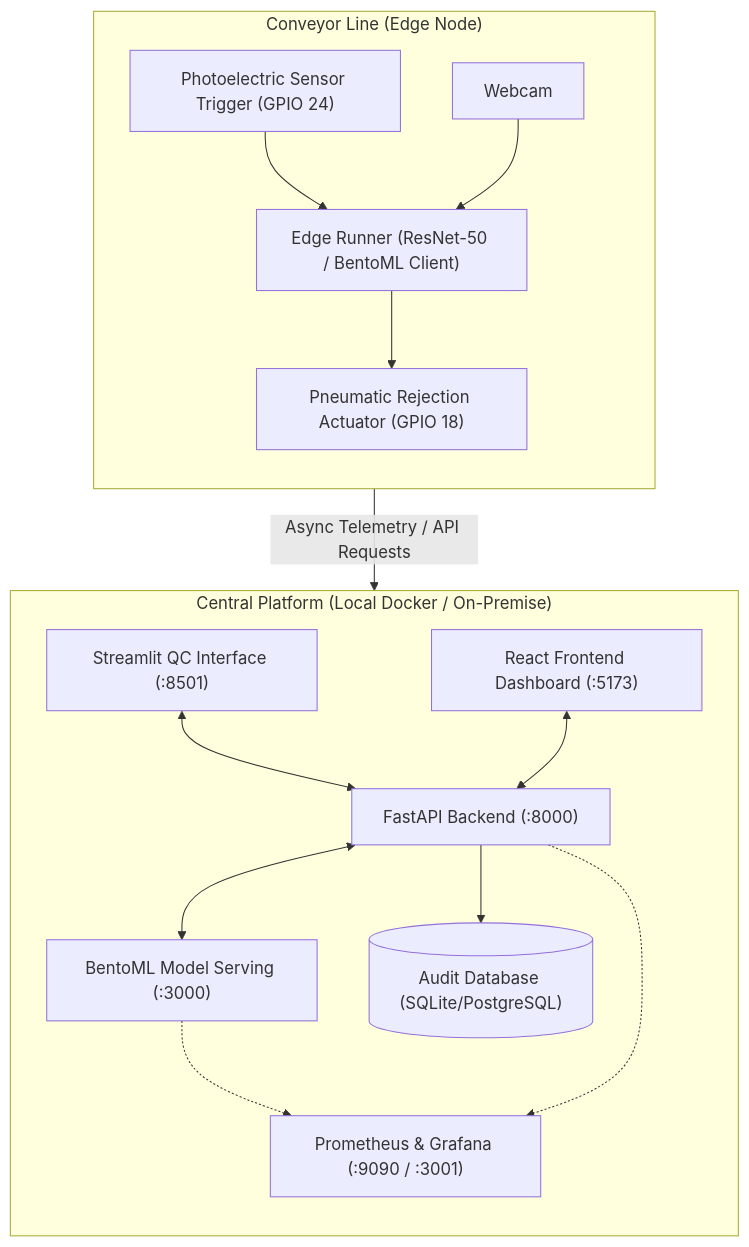
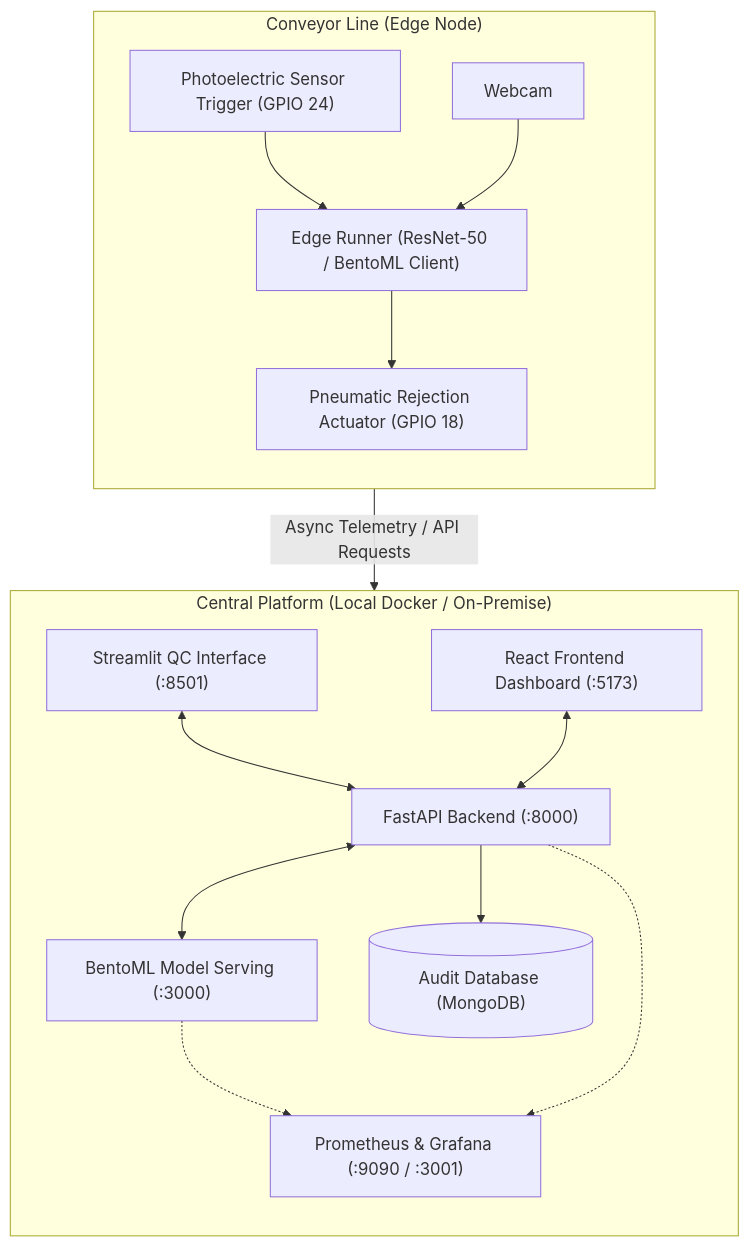
Before and after one commit to ErAmitKumarBehera-AKB/VisionGuard-AI: the first of 2 diagrams in README.md, drawn with Mermaid. The commit also changed 1 other file, not shown here.

Commit message:
docs: Update architecture diagrams to reflect MongoDB usage

````diff
--- a/README.md
+++ b/README.md
@@ -31,33 +31,33 @@
 ```mermaid
 flowchart TD
     subgraph Edge["Conveyor Line (Edge Node)"]
         direction TB
         S["Photoelectric Sensor Trigger (GPIO 24)"]
         C["Webcam"]
         R["Edge Runner (ResNet-50 / BentoML Client)"]
         A["Pneumatic Rejection Actuator (GPIO 18)"]
         
         S --> R
         C --> R
         R --> A
     end
 
     subgraph Cloud["Central Platform (Local Docker / On-Premise)"]
         direction TB
         B["BentoML Model Serving (:3000)"]
         F["FastAPI Backend (:8000)"]
-        DB[("Audit Database (SQLite/PostgreSQL)")]
+        DB[("Audit Database (MongoDB)")]
         QC["Streamlit QC Interface (:8501)"]
         UI["React Frontend Dashboard (:5173)"]
         M["Prometheus & Grafana (:9090 / :3001)"]
         
         F <--> B
         F --> DB
         QC <--> F
         UI <--> F
         B -.-> M
         F -.-> M
     end
 
     R -- "Async Telemetry / API Requests" --> F
 ```
````
